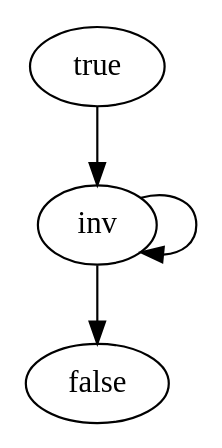
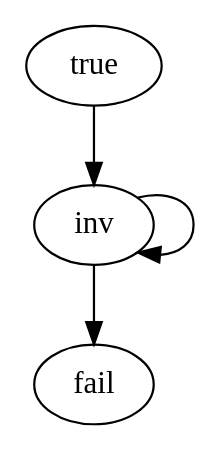
Before and after one commit to danielmriley/aeval: the diagram in chc.dot, drawn with Graphviz. The commit also changed 138 other files, not shown here.

```diff
--- a/chc.dot
+++ b/chc.dot
@@ -1,5 +1,5 @@
 digraph print {
  true ->  inv
  inv ->  inv
- inv ->  false
+ inv ->  fail
 }
```
